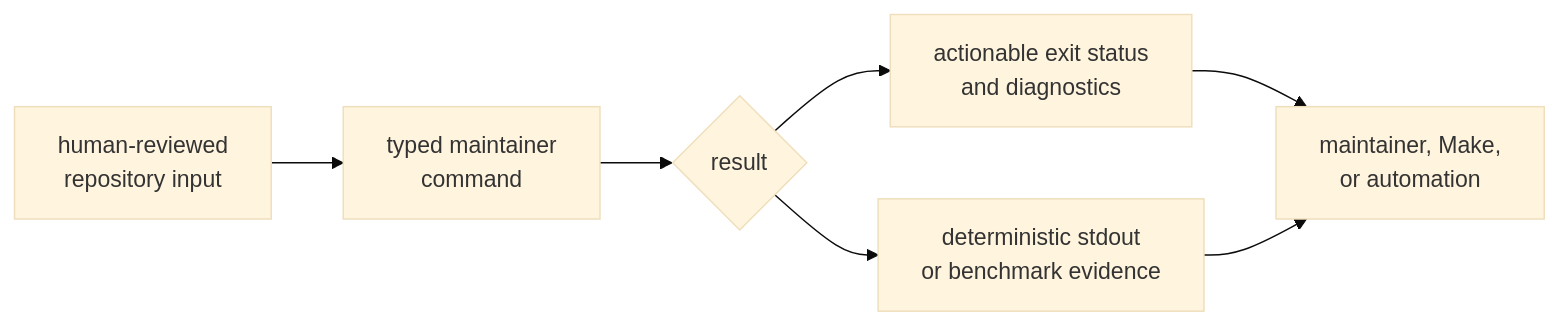
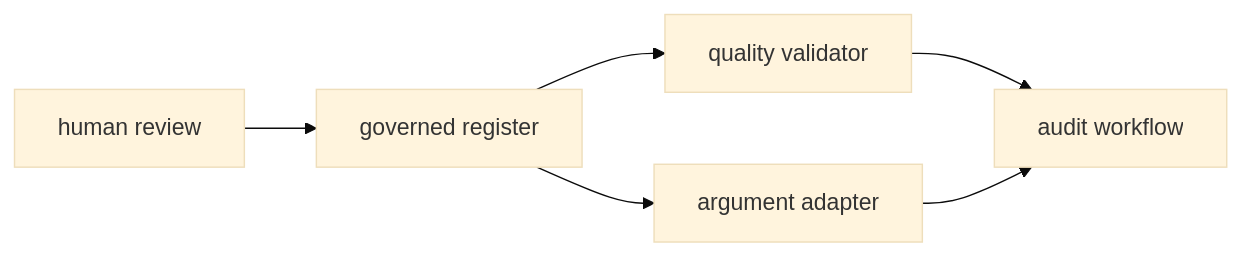
One commit to bijux/bijux-telecom changed the first of 2 diagrams in crates/bijux-gnss-dev/README.md. Above: the diagram before and after it, drawn with Mermaid (base theme). The commit also changed other lines of this file and 1 other file, not shown here.

Commit message:
docs(infra): separate product runs from maintenance evidence

````diff
--- a/crates/bijux-gnss-dev/README.md
+++ b/crates/bijux-gnss-dev/README.md
@@ -36,16 +34,14 @@
 ```mermaid
 flowchart LR
-    review["human-reviewed<br/>repository input"]
-    command["typed maintainer<br/>command"]
-    result{"result"}
-    status["actionable exit status<br/>and diagnostics"]
-    derived["deterministic stdout<br/>or benchmark evidence"]
-    caller["maintainer, Make,<br/>or automation"]
+    review["human review"]
+    register["governed register"]
+    validate["quality validator"]
+    derive["argument adapter"]
+    caller["audit workflow"]
 
-    review --> command
-    command --> result
-    result --> status
-    result --> derived
-    status --> caller
-    derived --> caller
+    review --> register
+    register --> validate
+    register --> derive
+    validate --> caller
+    derive --> caller
 ```
````
